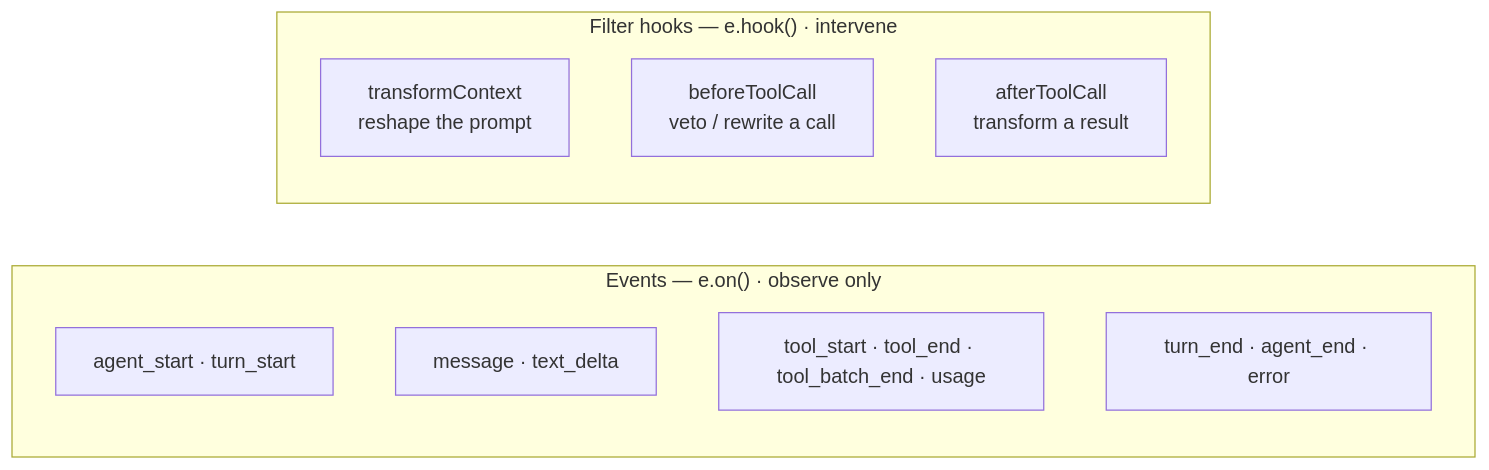
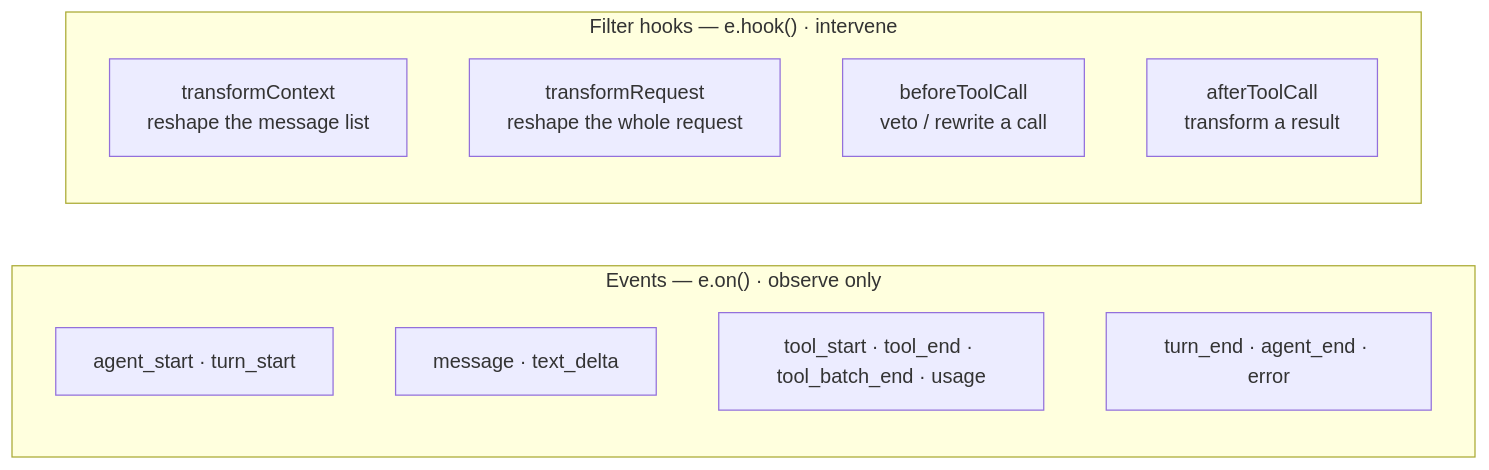
Before and after one commit to caohaotiantian/EAgent: the third of 5 diagrams in README.md, drawn with Mermaid. The commit also changed other lines of this file and 5 other files, not shown here.

First line of the commit message:
docs(transform-request): close Wave 2 — reconcile filter-hook docs (three->four), closure blocks

````diff
--- a/README.md
+++ b/README.md
@@ -152,16 +153,17 @@
 ```mermaid
 flowchart LR
     subgraph OBS["Events — e.on() · observe only"]
         direction TB
         EVA["agent_start · turn_start"]
         EVB["message · text_delta"]
         EVC["tool_start · tool_end · tool_batch_end · usage"]
         EVD["turn_end · agent_end · error"]
     end
     subgraph INT["Filter hooks — e.hook() · intervene"]
         direction TB
-        H1["transformContext<br/>reshape the prompt"]
-        H2["beforeToolCall<br/>veto / rewrite a call"]
-        H3["afterToolCall<br/>transform a result"]
+        H1["transformContext<br/>reshape the message list"]
+        H2["transformRequest<br/>reshape the whole request"]
+        H3["beforeToolCall<br/>veto / rewrite a call"]
+        H4["afterToolCall<br/>transform a result"]
     end
 ```
````
